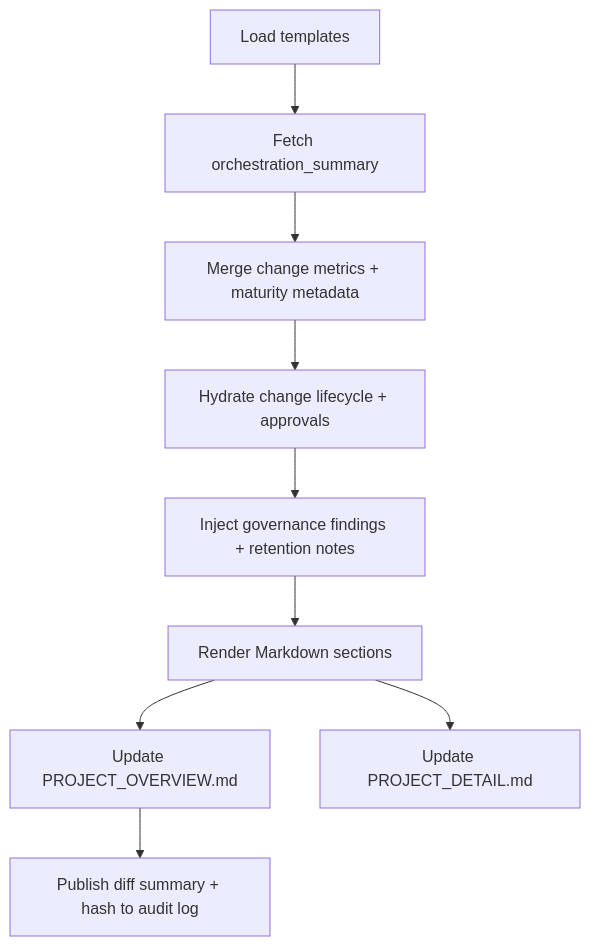
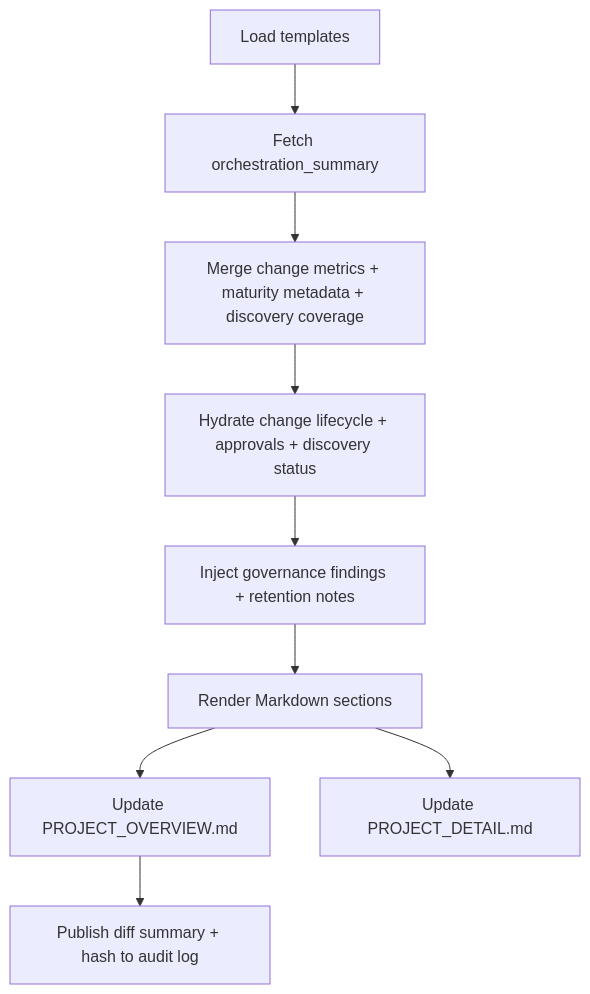
One commit to christaylor98/dynaforge.ai changed the diagram in docs/requirements/elaborations/FR-02_elaboration.md. Above: the diagram before and after it, drawn with Mermaid. The commit also changed other lines of this file and 129 other files, not shown here.

````diff
--- a/docs/requirements/elaborations/FR-02_elaboration.md
+++ b/docs/requirements/elaborations/FR-02_elaboration.md
@@ -33,11 +35,11 @@
 ```mermaid
 flowchart TD
   A[Load templates] --> B[Fetch orchestration_summary]
-  B --> C[Merge change metrics + maturity metadata]
-  C --> D[Hydrate change lifecycle + approvals]
+  B --> C[Merge change metrics + maturity metadata + discovery coverage]
+  C --> D[Hydrate change lifecycle + approvals + discovery status]
   D --> E[Inject governance findings + retention notes]
   E --> F[Render Markdown sections]
   F --> G[Update PROJECT_OVERVIEW.md]
   F --> H[Update PROJECT_DETAIL.md]
   G --> I[Publish diff summary + hash to audit log]
 ```
````
